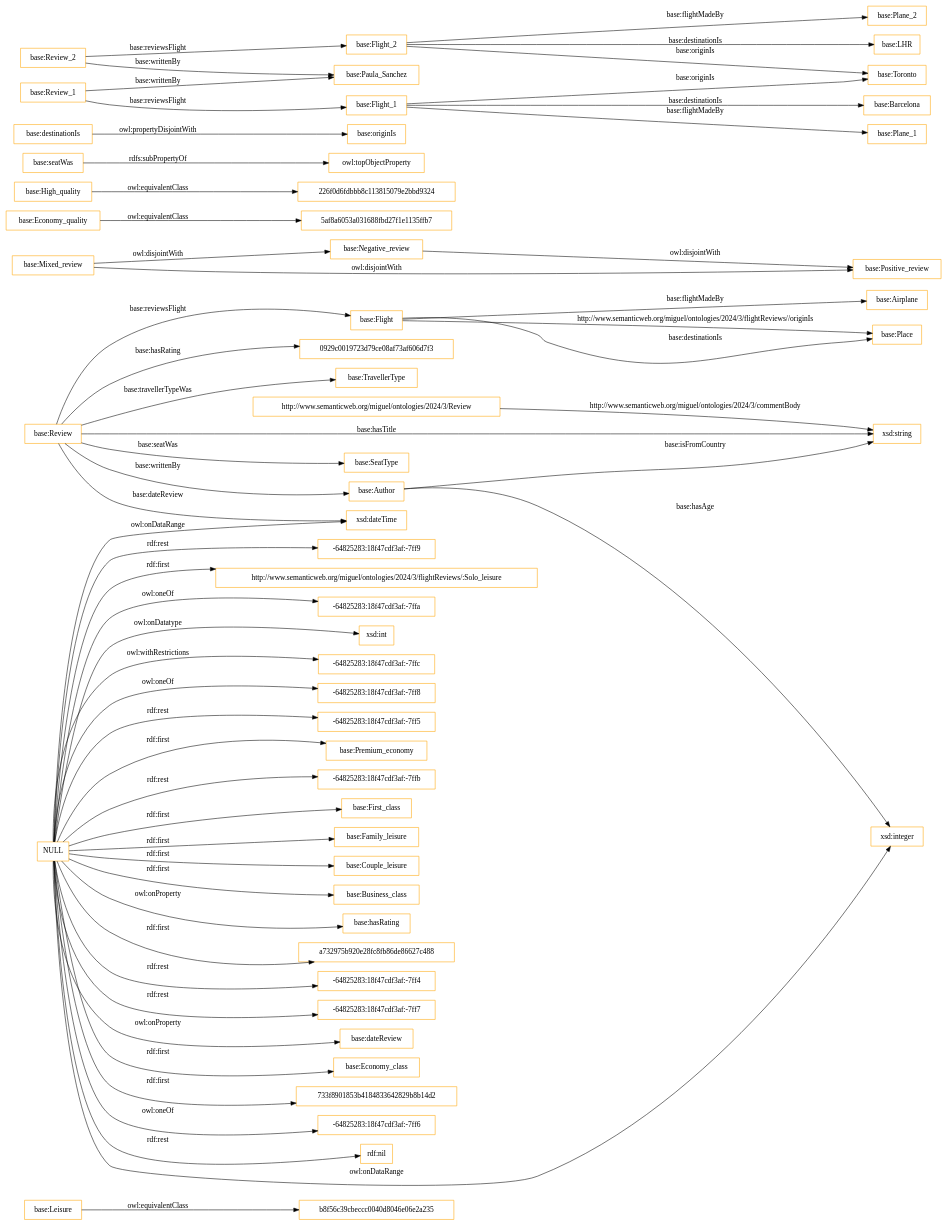
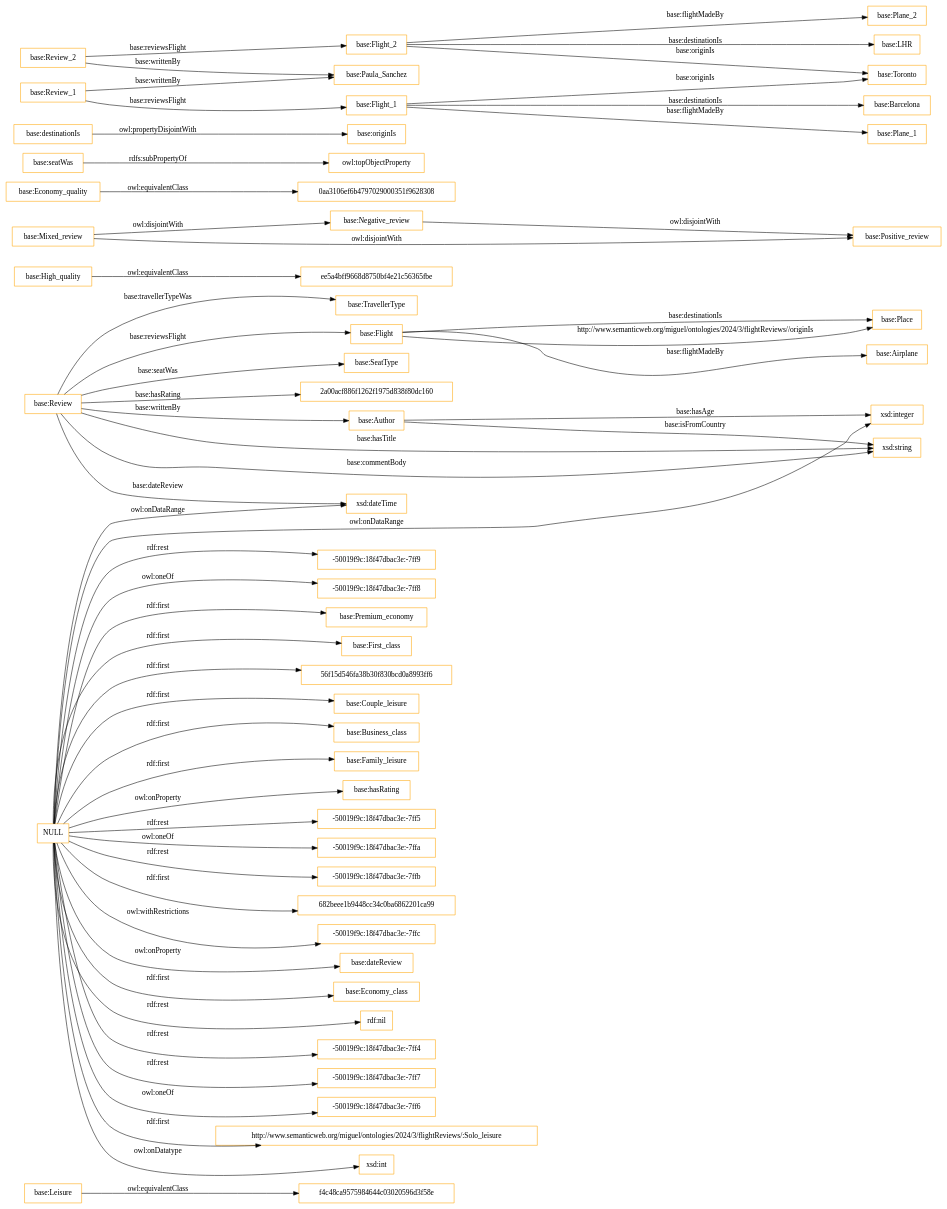
Before and after one commit to MigueldSPallares/FlightReviews: the diagram in OnToology/ontology.ttl/diagrams/ar2dtool-class/ontology.ttl.png.dot, drawn with Graphviz. The commit also changed 8 other files, not shown here.

```diff
--- a/OnToology/ontology.ttl/diagrams/ar2dtool-class/ontology.ttl.png.dot
+++ b/OnToology/ontology.ttl/diagrams/ar2dtool-class/ontology.ttl.png.dot
@@ -1,61 +1,61 @@
 digraph ar2dtool_diagram { 
 rankdir=LR;
 size="1501"
-node [shape = rectangle, color="orange"]; "b8f56c39cbeccc0040d8046e06e2a235" "base:TravellerType" "base:Place" "base:Flight" "base:Negative_review" "base:Author" "base:Economy_quality" "base:SeatType" "5af8a6053a031688fbd27f1e1135ffb7" "base:Mixed_review" "base:Leisure" "base:Review" "base:High_quality" "base:Positive_review" "226f0d6fdbbb8c113815079e2bbd9324" "base:Airplane" ; /*classes style*/
+node [shape = rectangle, color="orange"]; "f4c48ca9575984644c03020596d3f58e" "base:TravellerType" "ee5a4bff9668d8750bf4e21c56365fbe" "base:Place" "base:Flight" "base:Negative_review" "0aa3106ef6b4797029000351f9628308" "base:Author" "base:Economy_quality" "base:SeatType" "base:Mixed_review" "base:Leisure" "base:Review" "base:High_quality" "base:Positive_review" "base:Airplane" ; /*classes style*/
 	"NULL" -> "base:Premium_economy" [ label = "rdf:first" ];
-	"NULL" -> "-64825283:18f47cdf3af:-7ffb" [ label = "rdf:rest" ];
 	"NULL" -> "base:First_class" [ label = "rdf:first" ];
-	"NULL" -> "base:Family_leisure" [ label = "rdf:first" ];
+	"NULL" -> "56f15d546fa38b30f830bcd0a8993ff6" [ label = "rdf:first" ];
 	"NULL" -> "base:Couple_leisure" [ label = "rdf:first" ];
 	"NULL" -> "base:Business_class" [ label = "rdf:first" ];
+	"NULL" -> "base:Family_leisure" [ label = "rdf:first" ];
 	"NULL" -> "base:hasRating" [ label = "owl:onProperty" ];
 	"NULL" -> "xsd:integer" [ label = "owl:onDataRange" ];
+	"NULL" -> "-50019f9c:18f47dbac3e:-7ff5" [ label = "rdf:rest" ];
 	"NULL" -> "xsd:dateTime" [ label = "owl:onDataRange" ];
-	"NULL" -> "a732975b920e28fc8fb86de86627c488" [ label = "rdf:first" ];
-	"NULL" -> "-64825283:18f47cdf3af:-7ff4" [ label = "rdf:rest" ];
-	"NULL" -> "-64825283:18f47cdf3af:-7ff7" [ label = "rdf:rest" ];
+	"NULL" -> "-50019f9c:18f47dbac3e:-7ffa" [ label = "owl:oneOf" ];
+	"NULL" -> "-50019f9c:18f47dbac3e:-7ffb" [ label = "rdf:rest" ];
+	"NULL" -> "682beee1b9448cc34c0ba6862201ca99" [ label = "rdf:first" ];
+	"NULL" -> "-50019f9c:18f47dbac3e:-7ffc" [ label = "owl:withRestrictions" ];
 	"NULL" -> "base:dateReview" [ label = "owl:onProperty" ];
 	"NULL" -> "base:Economy_class" [ label = "rdf:first" ];
-	"NULL" -> "733f8901853b4184833642829b8b14d2" [ label = "rdf:first" ];
-	"NULL" -> "-64825283:18f47cdf3af:-7ff6" [ label = "owl:oneOf" ];
 	"NULL" -> "rdf:nil" [ label = "rdf:rest" ];
-	"NULL" -> "-64825283:18f47cdf3af:-7ff9" [ label = "rdf:rest" ];
+	"NULL" -> "-50019f9c:18f47dbac3e:-7ff4" [ label = "rdf:rest" ];
+	"NULL" -> "-50019f9c:18f47dbac3e:-7ff7" [ label = "rdf:rest" ];
+	"NULL" -> "-50019f9c:18f47dbac3e:-7ff6" [ label = "owl:oneOf" ];
 	"NULL" -> "http://www.semanticweb.org/miguel/ontologies/2024/3/flightReviews/:Solo_leisure" [ label = "rdf:first" ];
-	"NULL" -> "-64825283:18f47cdf3af:-7ffa" [ label = "owl:oneOf" ];
 	"NULL" -> "xsd:int" [ label = "owl:onDatatype" ];
-	"NULL" -> "-64825283:18f47cdf3af:-7ffc" [ label = "owl:withRestrictions" ];
-	"NULL" -> "-64825283:18f47cdf3af:-7ff8" [ label = "owl:oneOf" ];
-	"NULL" -> "-64825283:18f47cdf3af:-7ff5" [ label = "rdf:rest" ];
+	"NULL" -> "-50019f9c:18f47dbac3e:-7ff9" [ label = "rdf:rest" ];
+	"NULL" -> "-50019f9c:18f47dbac3e:-7ff8" [ label = "owl:oneOf" ];
 	"base:seatWas" -> "owl:topObjectProperty" [ label = "rdfs:subPropertyOf" ];
 	"base:destinationIs" -> "base:originIs" [ label = "owl:propertyDisjointWith" ];
 	"base:Review_2" -> "base:Paula_Sanchez" [ label = "base:writtenBy" ];
 	"base:Review_2" -> "base:Flight_2" [ label = "base:reviewsFlight" ];
 	"base:Flight_2" -> "base:Toronto" [ label = "base:originIs" ];
 	"base:Flight_2" -> "base:Plane_2" [ label = "base:flightMadeBy" ];
 	"base:Flight_2" -> "base:LHR" [ label = "base:destinationIs" ];
-	"base:Economy_quality" -> "5af8a6053a031688fbd27f1e1135ffb7" [ label = "owl:equivalentClass" ];
+	"base:Economy_quality" -> "0aa3106ef6b4797029000351f9628308" [ label = "owl:equivalentClass" ];
 	"base:Review_1" -> "base:Paula_Sanchez" [ label = "base:writtenBy" ];
 	"base:Review_1" -> "base:Flight_1" [ label = "base:reviewsFlight" ];
-	"base:High_quality" -> "226f0d6fdbbb8c113815079e2bbd9324" [ label = "owl:equivalentClass" ];
+	"base:High_quality" -> "ee5a4bff9668d8750bf4e21c56365fbe" [ label = "owl:equivalentClass" ];
 	"base:Flight_1" -> "base:Toronto" [ label = "base:originIs" ];
 	"base:Flight_1" -> "base:Plane_1" [ label = "base:flightMadeBy" ];
 	"base:Flight_1" -> "base:Barcelona" [ label = "base:destinationIs" ];
-	"base:Leisure" -> "b8f56c39cbeccc0040d8046e06e2a235" [ label = "owl:equivalentClass" ];
+	"base:Leisure" -> "f4c48ca9575984644c03020596d3f58e" [ label = "owl:equivalentClass" ];
 	"base:Mixed_review" -> "base:Positive_review" [ label = "owl:disjointWith" ];
 	"base:Mixed_review" -> "base:Negative_review" [ label = "owl:disjointWith" ];
 	"base:Negative_review" -> "base:Positive_review" [ label = "owl:disjointWith" ];
-	"http://www.semanticweb.org/miguel/ontologies/2024/3/Review" -> "xsd:string" [ label = "http://www.semanticweb.org/miguel/ontologies/2024/3/commentBody" ];
 	"base:Flight" -> "base:Airplane" [ label = "base:flightMadeBy" ];
 	"base:Flight" -> "base:Place" [ label = "http://www.semanticweb.org/miguel/ontologies/2024/3/flightReviews//originIs" ];
 	"base:Review" -> "base:Author" [ label = "base:writtenBy" ];
 	"base:Review" -> "base:TravellerType" [ label = "base:travellerTypeWas" ];
 	"base:Review" -> "base:Flight" [ label = "base:reviewsFlight" ];
-	"base:Review" -> "0929c0019723d79ce08af73af606d7f3" [ label = "base:hasRating" ];
+	"base:Review" -> "xsd:string" [ label = "base:commentBody" ];
+	"base:Review" -> "2a00acf886f1262f1975d838f80dc160" [ label = "base:hasRating" ];
 	"base:Review" -> "base:SeatType" [ label = "base:seatWas" ];
 	"base:Flight" -> "base:Place" [ label = "base:destinationIs" ];
 	"base:Review" -> "xsd:string" [ label = "base:hasTitle" ];
 	"base:Review" -> "xsd:dateTime" [ label = "base:dateReview" ];
 	"base:Author" -> "xsd:string" [ label = "base:isFromCountry" ];
 	"base:Author" -> "xsd:integer" [ label = "base:hasAge" ];
 
 }
```
